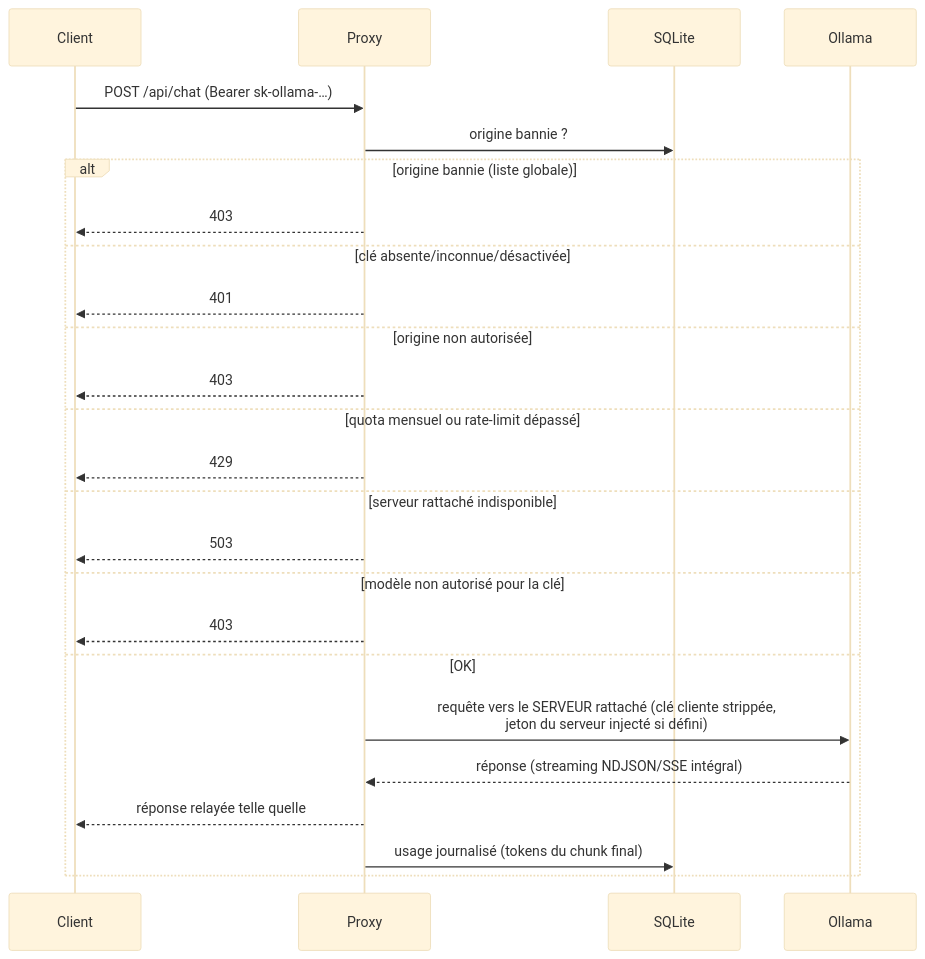
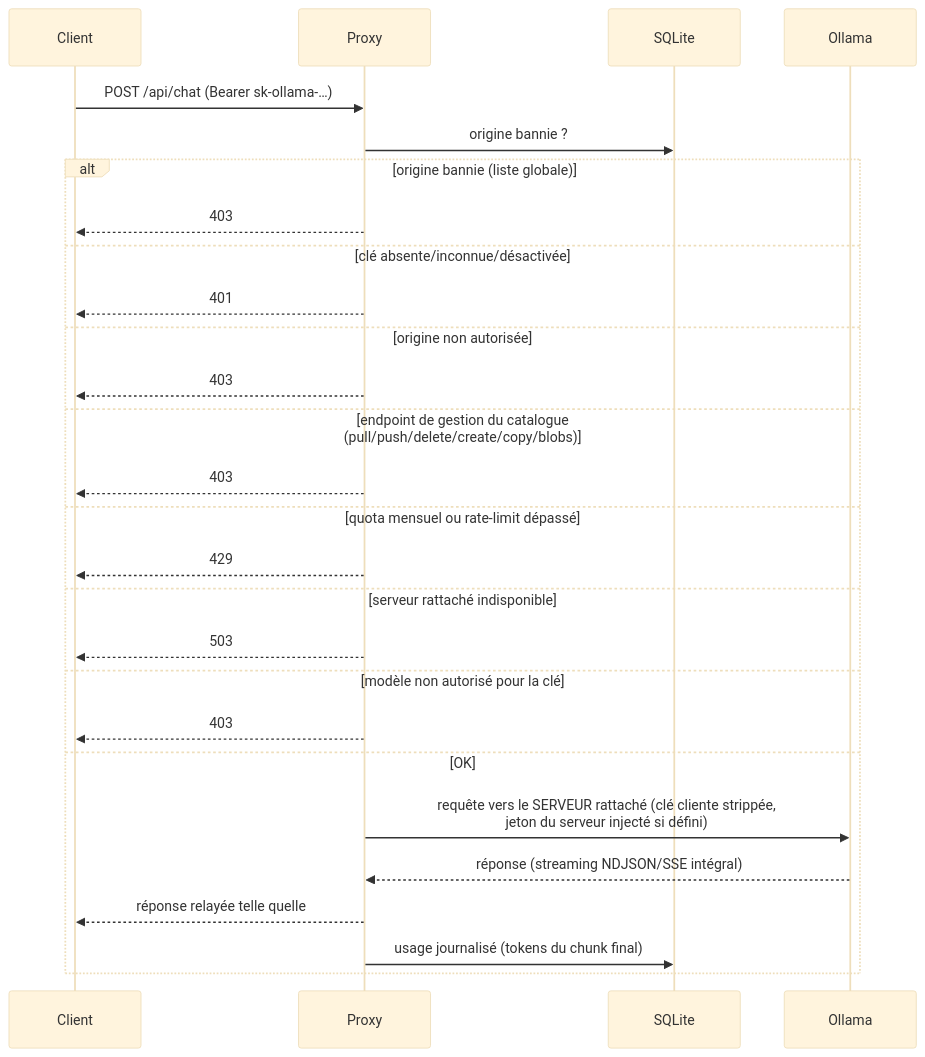
The third of 3 diagrams in docs/manual.md (martinobettucci/ollama-gateway), drawn with Mermaid (base theme) before and after one commit. The commit also changed other lines of this file and 28 other files, not shown here.

````diff
--- a/docs/manual.md
+++ b/docs/manual.md
@@ -115,27 +117,29 @@
 ```mermaid
 sequenceDiagram
     participant C as Client
     participant P as Proxy
     participant DB as SQLite
     participant O as Ollama
     C->>P: POST /api/chat (Bearer sk-ollama-…)
     P->>DB: origine bannie ?
     alt origine bannie (liste globale)
         P-->>C: 403
     else clé absente/inconnue/désactivée
         P-->>C: 401
     else origine non autorisée
         P-->>C: 403
+    else endpoint de gestion du catalogue (pull/push/delete/create/copy/blobs)
+        P-->>C: 403
     else quota mensuel ou rate-limit dépassé
         P-->>C: 429
     else serveur rattaché indisponible
         P-->>C: 503
     else modèle non autorisé pour la clé
         P-->>C: 403
     else OK
         P->>O: requête vers le SERVEUR rattaché (clé cliente strippée,<br/>jeton du serveur injecté si défini)
         O-->>P: réponse (streaming NDJSON/SSE intégral)
         P-->>C: réponse relayée telle quelle
         P->>DB: usage journalisé (tokens du chunk final)
     end
 ```
````
